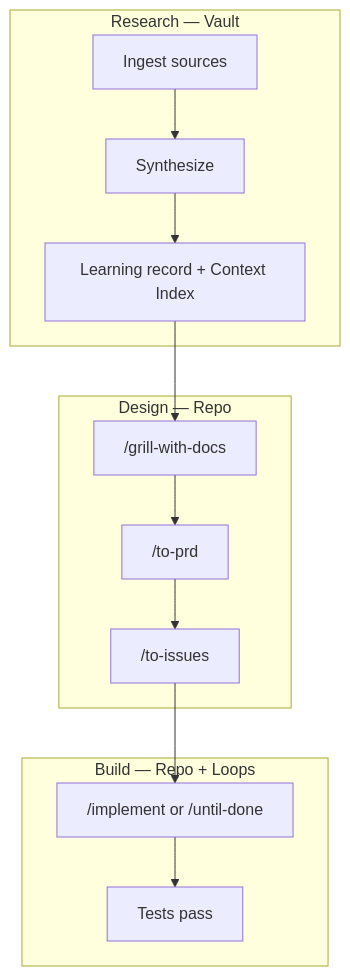
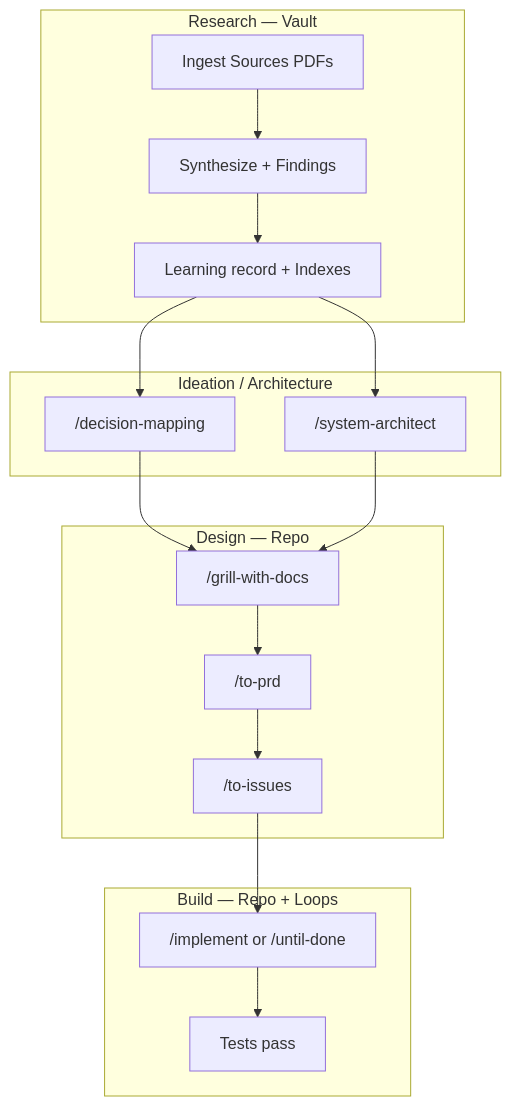
One commit to ChidiOkoene/optimal-brain changed the diagram in docs/PLAYBOOK.md. Above: the diagram before and after it, drawn with Mermaid. The commit also changed other lines of this file and 73 other files, not shown here.

````diff
--- a/docs/PLAYBOOK.md
+++ b/docs/PLAYBOOK.md
@@ -48,21 +67,28 @@
 ```mermaid
 flowchart TB
   subgraph research [Research — Vault]
-    R1[Ingest sources]
-    R2[Synthesize]
-    R3[Learning record + Context Index]
+    R1[Ingest Sources PDFs]
+    R2[Synthesize + Findings]
+    R3[Learning record + Indexes]
+  end
+  subgraph ideate [Ideation / Architecture]
+    I1["/decision-mapping"]
+    I2["/system-architect"]
   end
   subgraph design [Design — Repo]
     D1["/grill-with-docs"]
     D2["/to-prd"]
     D3["/to-issues"]
   end
   subgraph build [Build — Repo + Loops]
     B1["/implement or /until-done"]
     B2[Tests pass]
   end
   R1 --> R2 --> R3
-  R3 --> D1
+  R3 --> I1
+  R3 --> I2
+  I1 --> D1
+  I2 --> D1
   D1 --> D2 --> D3
   D3 --> B1 --> B2
 ```
````
